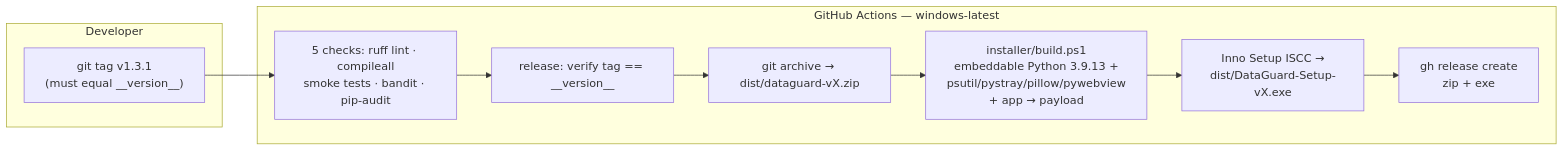
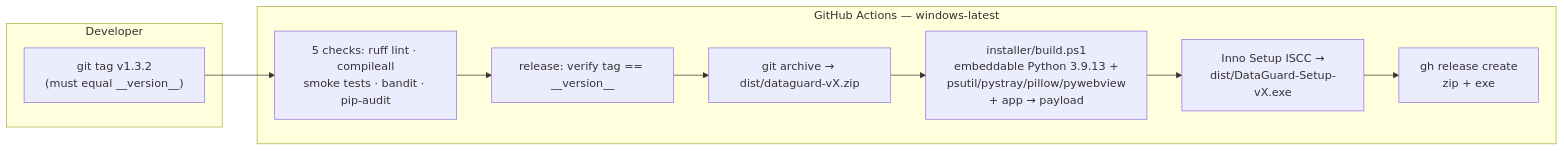
The seventh of 7 diagrams in README.md (yassine808/network-tracker), drawn with Mermaid before and after one commit. The commit also changed other lines of this file and 1 other file, not shown here.

````diff
--- a/README.md
+++ b/README.md
@@ -485,17 +485,17 @@
 ```mermaid
 flowchart LR
     subgraph DEV["Developer"]
-        T["git tag v1.3.1<br/>(must equal __version__)"]
+        T["git tag v1.3.2<br/>(must equal __version__)"]
     end
 
     subgraph CI["GitHub Actions — windows-latest"]
         C1["5 checks: ruff lint · compileall<br/>smoke tests · bandit · pip-audit"]
         C2["release: verify tag == __version__"]
         C3["git archive → dist/dataguard-vX.zip"]
         C4["installer/build.ps1<br/>embeddable Python 3.9.13 +<br/>psutil/pystray/pillow/pywebview<br/>+ app → payload"]
         C5["Inno Setup ISCC →<br/>dist/DataGuard-Setup-vX.exe"]
         C6["gh release create<br/>zip + exe"]
     end
 
     T --> C1 --> C2 --> C3 --> C4 --> C5 --> C6
 ```
````
